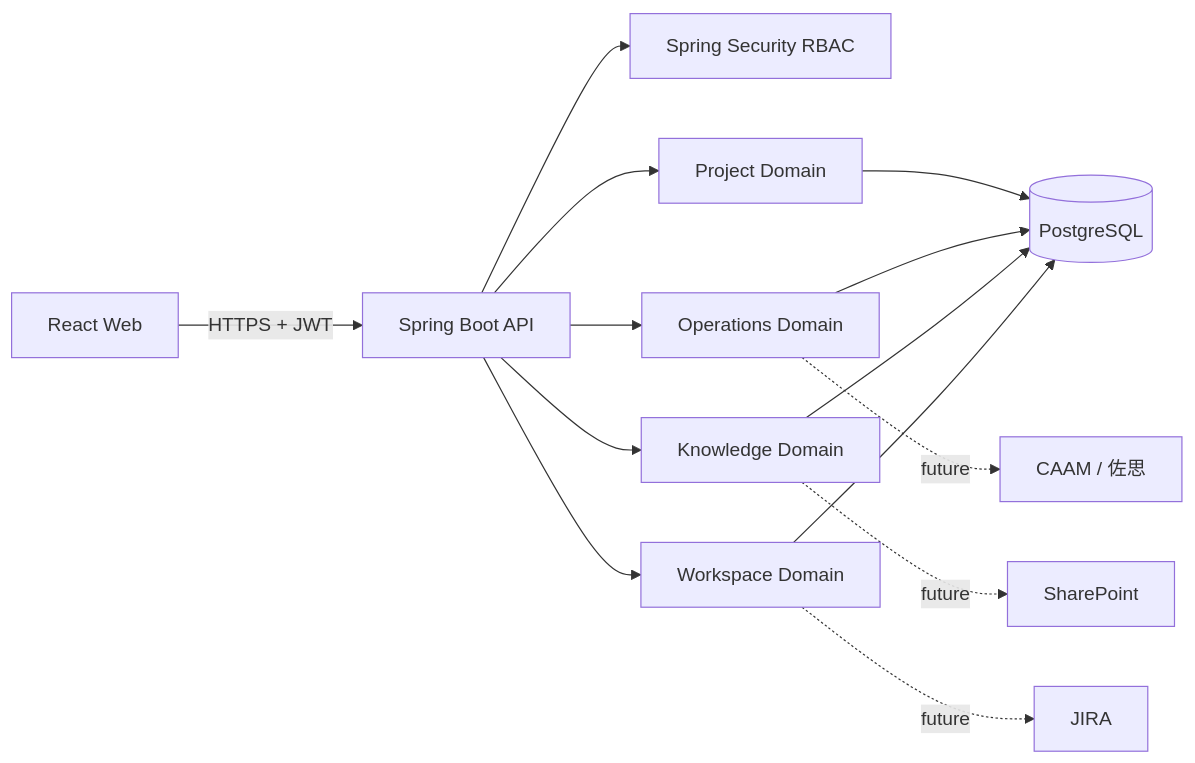
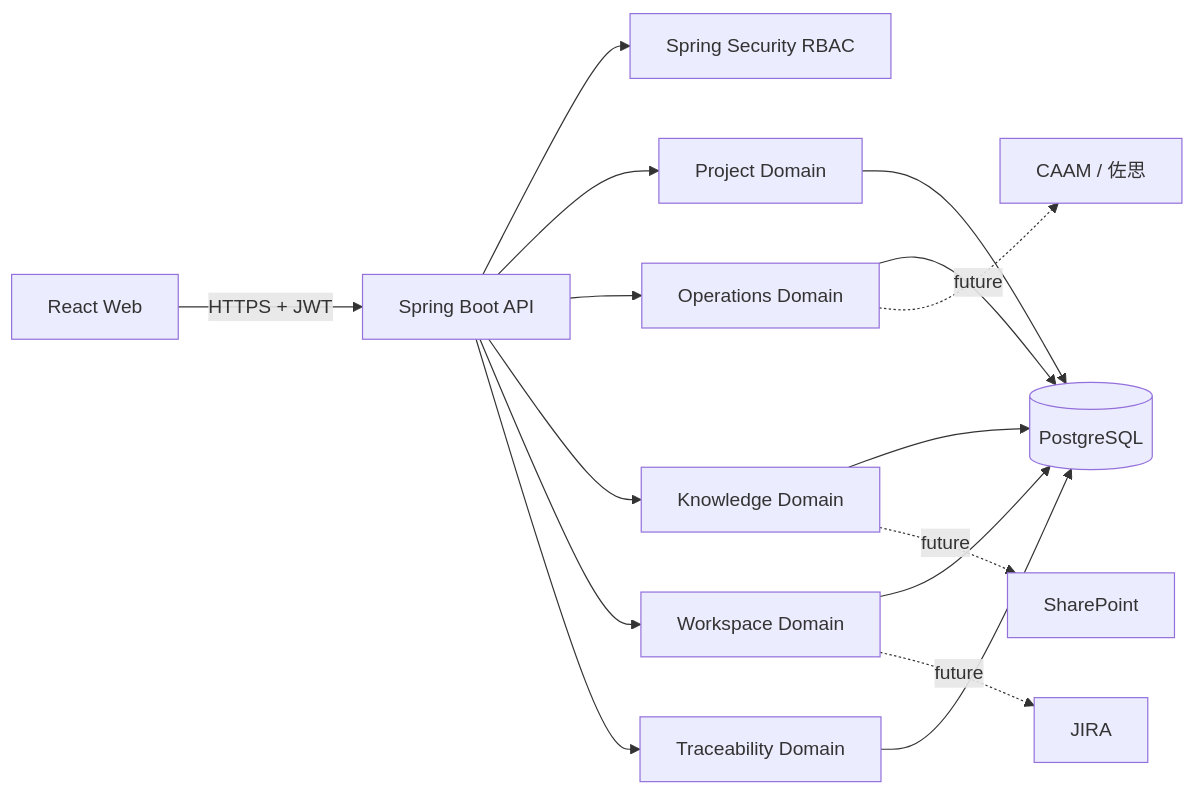
The first of 2 diagrams in docs/architecture.md (dongfang-sodu/ODS_Platform), drawn with Mermaid before and after one commit. The commit also changed other lines of this file and 94 other files, not shown here.

````diff
--- a/docs/architecture.md
+++ b/docs/architecture.md
@@ -7,16 +7,18 @@
 ```mermaid
 flowchart LR
   Browser[React Web] -->|HTTPS + JWT| API[Spring Boot API]
   API --> Security[Spring Security RBAC]
   API --> Project[Project Domain]
   API --> Operations[Operations Domain]
   API --> Knowledge[Knowledge Domain]
   API --> Workspace[Workspace Domain]
+  API --> Trace[Traceability Domain]
   Project --> DB[(PostgreSQL)]
   Operations --> DB
   Knowledge --> DB
   Workspace --> DB
+  Trace --> DB
   Operations -. future .-> CAAM[CAAM / 佐思]
   Workspace -. future .-> Jira[JIRA]
   Knowledge -. future .-> SharePoint[SharePoint]
 ```
````
